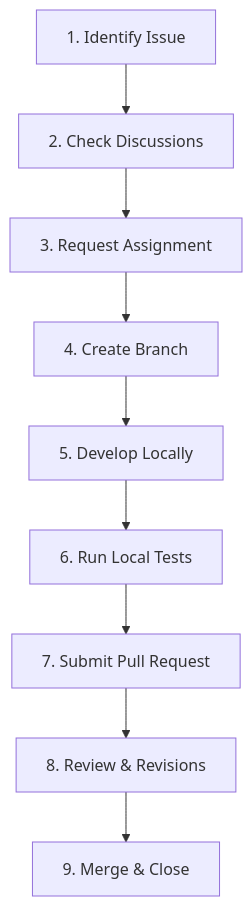
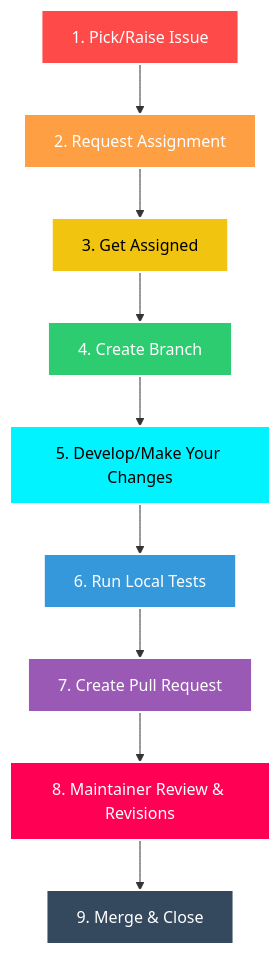
Before and after one commit to goyaljiiiiii/Open-Source-Contribution-Atelier: the diagram in frontend/public/content/module-6/contribution-lifecycle.md, drawn with Mermaid. The commit also changed other lines of this file, not shown here.

````diff
--- a/frontend/public/content/module-6/contribution-lifecycle.md
+++ b/frontend/public/content/module-6/contribution-lifecycle.md
@@ -9,11 +9,22 @@
 ```mermaid
 graph TD
-    A[1. Identify Issue] --> B[2. Check Discussions]
-    B --> C[3. Request Assignment]
+    A[1. Pick/Raise Issue] --> B[2. Request Assignment]
+    B --> C[3. Get Assigned]
     C --> D[4. Create Branch]
-    D --> E[5. Develop Locally]
+    D --> E[5. Develop/Make Your Changes]
     E --> F[6. Run Local Tests]
-    F --> G[7. Submit Pull Request]
-    G --> H[8. Review & Revisions]
+    F --> G[7. Create Pull Request]
+    G --> H[8. Maintainer Review & Revisions]
     H --> I[9. Merge & Close]
+
+    %% Individual Node Color Styling
+    style A fill:#ff4a4a,stroke:#fff,stroke-width:2px,color:#fff
+    style B fill:#ff9f43,stroke:#fff,stroke-width:2px,color:#fff
+    style C fill:#f1c40f,stroke:#fff,stroke-width:2px,color:#000
+    style D fill:#2ecc71,stroke:#fff,stroke-width:2px,color:#fff
+    style E fill:#00f3ff,stroke:#fff,stroke-width:2px,color:#000
+    style F fill:#3498db,stroke:#fff,stroke-width:2px,color:#fff
+    style G fill:#9b59b6,stroke:#fff,stroke-width:2px,color:#fff
+    style H fill:#ff0055,stroke:#fff,stroke-width:2px,color:#fff
+    style I fill:#34495e,stroke:#fff,stroke-width:2px,color:#fff
 ```
````
